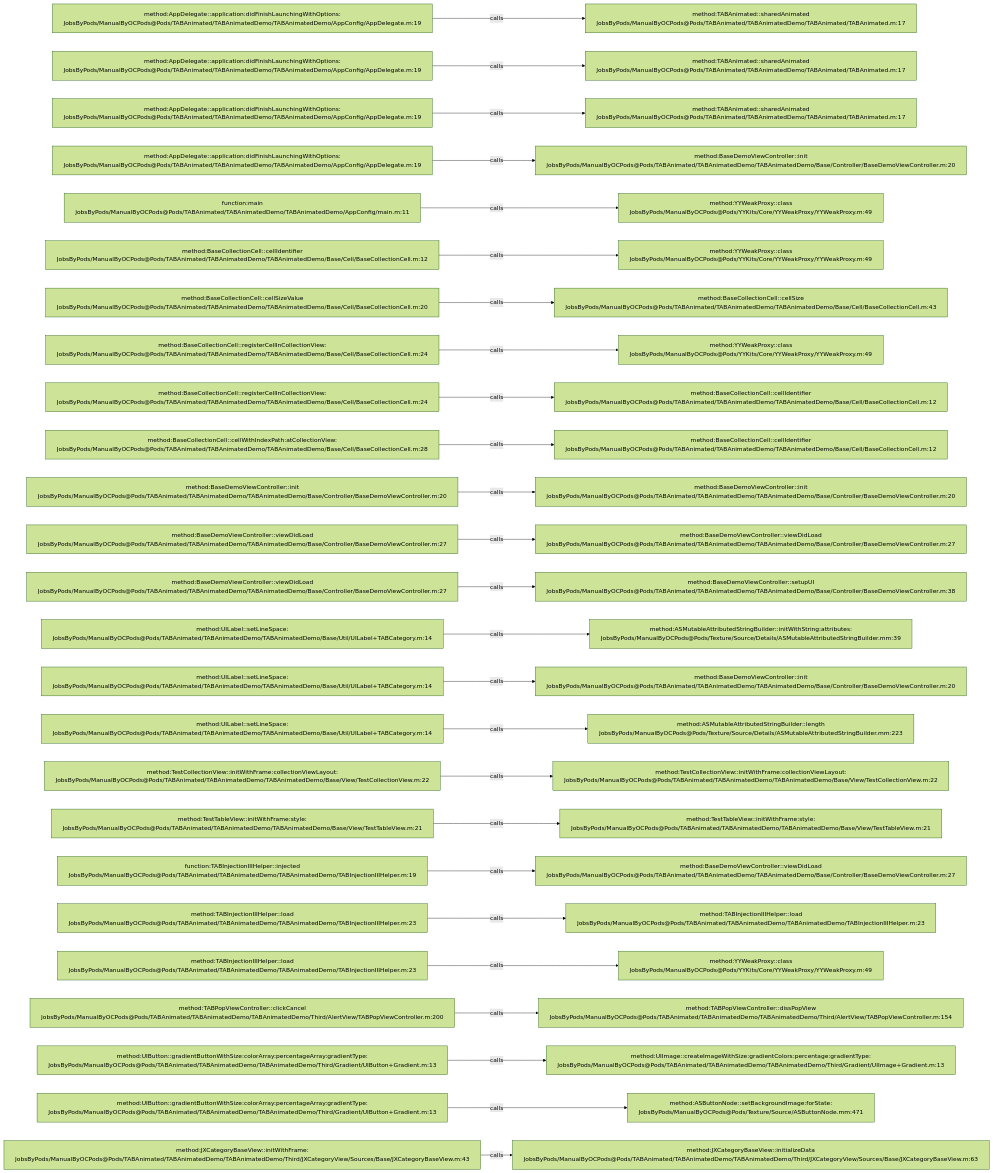
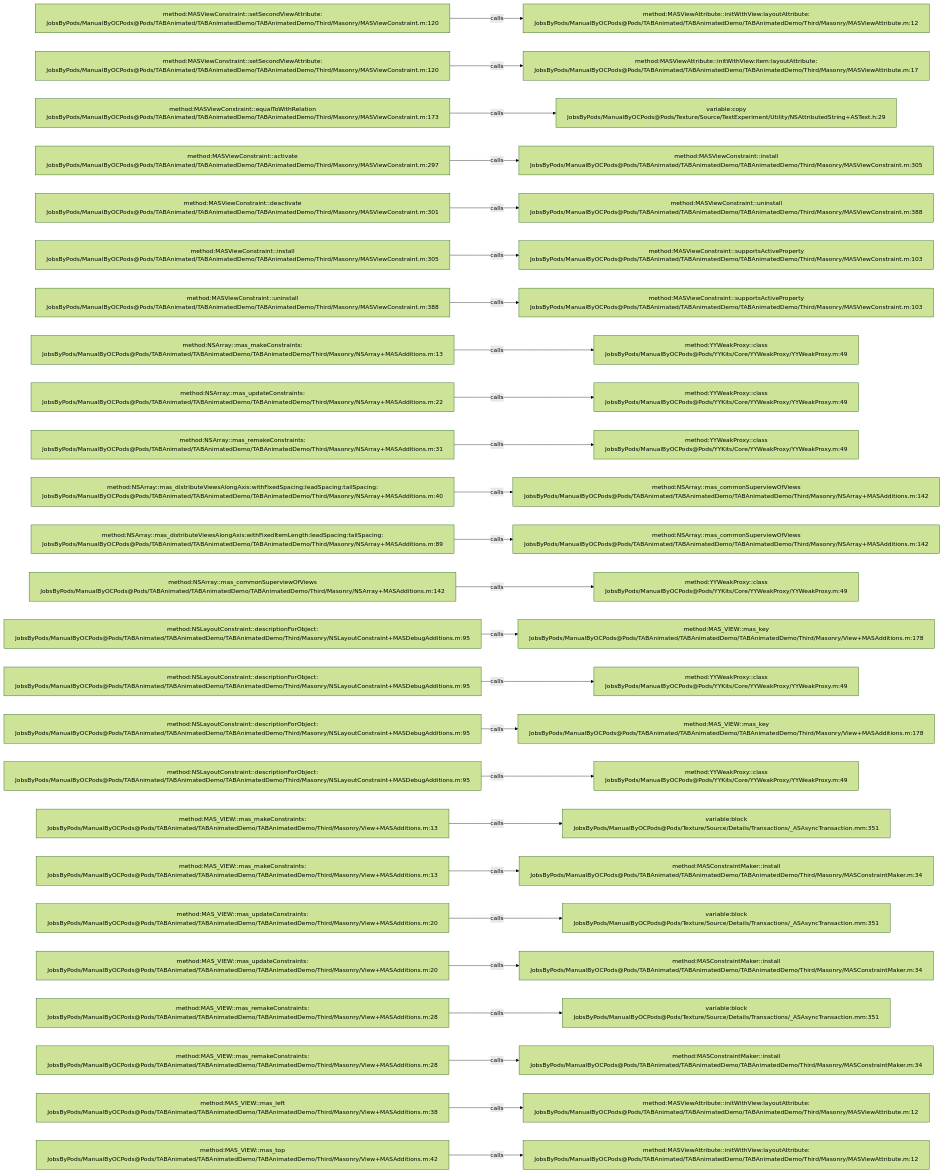
The diagram in .codegraph/codegraph.md/graphs/calls-032.md (JobsKits/JobsOCBaseConfigDemo), drawn with Mermaid (forest theme) before and after one commit. The commit also changed 2723 other files, not shown here.

````diff
--- a/.codegraph/codegraph.md/graphs/calls-032.md
+++ b/.codegraph/codegraph.md/graphs/calls-032.md
@@ -13,78 +13,78 @@
 ```mermaid
 flowchart LR
-  S1["method:AppDelegate::application:didFinishLaunchingWithOptions:<br/>JobsByPods/ManualByOCPods@Pods/TABAnimated/TABAnimatedDemo/TABAnimatedDemo/AppConfig/AppDelegate.m:19"]
-  T1["method:TABAnimated::sharedAnimated<br/>JobsByPods/ManualByOCPods@Pods/TABAnimated/TABAnimatedDemo/TABAnimated/TABAnimated.m:17"]
+  S1["method:MASViewConstraint::setSecondViewAttribute:<br/>JobsByPods/ManualByOCPods@Pods/TABAnimated/TABAnimatedDemo/TABAnimatedDemo/Third/Masonry/MASViewConstraint.m:120"]
+  T1["method:MASViewAttribute::initWithView:layoutAttribute:<br/>JobsByPods/ManualByOCPods@Pods/TABAnimated/TABAnimatedDemo/TABAnimatedDemo/Third/Masonry/MASViewAttribute.m:12"]
   S1 -->|calls| T1
-  S2["method:AppDelegate::application:didFinishLaunchingWithOptions:<br/>JobsByPods/ManualByOCPods@Pods/TABAnimated/TABAnimatedDemo/TABAnimatedDemo/AppConfig/AppDelegate.m:19"]
-  T2["method:TABAnimated::sharedAnimated<br/>JobsByPods/ManualByOCPods@Pods/TABAnimated/TABAnimatedDemo/TABAnimated/TABAnimated.m:17"]
+  S2["method:MASViewConstraint::setSecondViewAttribute:<br/>JobsByPods/ManualByOCPods@Pods/TABAnimated/TABAnimatedDemo/TABAnimatedDemo/Third/Masonry/MASViewConstraint.m:120"]
+  T2["method:MASViewAttribute::initWithView:item:layoutAttribute:<br/>JobsByPods/ManualByOCPods@Pods/TABAnimated/TABAnimatedDemo/TABAnimatedDemo/Third/Masonry/MASViewAttribute.m:17"]
   S2 -->|calls| T2
-  S3["method:AppDelegate::application:didFinishLaunchingWithOptions:<br/>JobsByPods/ManualByOCPods@Pods/TABAnimated/TABAnimatedDemo/TABAnimatedDemo/AppConfig/AppDelegate.m:19"]
-  T3["method:TABAnimated::sharedAnimated<br/>JobsByPods/ManualByOCPods@Pods/TABAnimated/TABAnimatedDemo/TABAnimated/TABAnimated.m:17"]
+  S3["method:MASViewConstraint::equalToWithRelation<br/>JobsByPods/ManualByOCPods@Pods/TABAnimated/TABAnimatedDemo/TABAnimatedDemo/Third/Masonry/MASViewConstraint.m:173"]
+  T3["variable:copy<br/>JobsByPods/ManualByOCPods@Pods/Texture/Source/TextExperiment/Utility/NSAttributedString+ASText.h:29"]
   S3 -->|calls| T3
-  S4["method:AppDelegate::application:didFinishLaunchingWithOptions:<br/>JobsByPods/ManualByOCPods@Pods/TABAnimated/TABAnimatedDemo/TABAnimatedDemo/AppConfig/AppDelegate.m:19"]
-  T4["method:BaseDemoViewController::init<br/>JobsByPods/ManualByOCPods@Pods/TABAnimated/TABAnimatedDemo/TABAnimatedDemo/Base/Controller/BaseDemoViewController.m:20"]
+  S4["method:MASViewConstraint::activate<br/>JobsByPods/ManualByOCPods@Pods/TABAnimated/TABAnimatedDemo/TABAnimatedDemo/Third/Masonry/MASViewConstraint.m:297"]
+  T4["method:MASViewConstraint::install<br/>JobsByPods/ManualByOCPods@Pods/TABAnimated/TABAnimatedDemo/TABAnimatedDemo/Third/Masonry/MASViewConstraint.m:305"]
   S4 -->|calls| T4
-  S5["function:main<br/>JobsByPods/ManualByOCPods@Pods/TABAnimated/TABAnimatedDemo/TABAnimatedDemo/AppConfig/main.m:11"]
-  T5["method:YYWeakProxy::class<br/>JobsByPods/ManualByOCPods@Pods/YYKits/Core/YYWeakProxy/YYWeakProxy.m:49"]
+  S5["method:MASViewConstraint::deactivate<br/>JobsByPods/ManualByOCPods@Pods/TABAnimated/TABAnimatedDemo/TABAnimatedDemo/Third/Masonry/MASViewConstraint.m:301"]
+  T5["method:MASViewConstraint::uninstall<br/>JobsByPods/ManualByOCPods@Pods/TABAnimated/TABAnimatedDemo/TABAnimatedDemo/Third/Masonry/MASViewConstraint.m:388"]
   S5 -->|calls| T5
-  S6["method:BaseCollectionCell::cellIdentifier<br/>JobsByPods/ManualByOCPods@Pods/TABAnimated/TABAnimatedDemo/TABAnimatedDemo/Base/Cell/BaseCollectionCell.m:12"]
-  T6["method:YYWeakProxy::class<br/>JobsByPods/ManualByOCPods@Pods/YYKits/Core/YYWeakProxy/YYWeakProxy.m:49"]
+  S6["method:MASViewConstraint::install<br/>JobsByPods/ManualByOCPods@Pods/TABAnimated/TABAnimatedDemo/TABAnimatedDemo/Third/Masonry/MASViewConstraint.m:305"]
+  T6["method:MASViewConstraint::supportsActiveProperty<br/>JobsByPods/ManualByOCPods@Pods/TABAnimated/TABAnimatedDemo/TABAnimatedDemo/Third/Masonry/MASViewConstraint.m:103"]
   S6 -->|calls| T6
-  S7["method:BaseCollectionCell::cellSizeValue<br/>JobsByPods/ManualByOCPods@Pods/TABAnimated/TABAnimatedDemo/TABAnimatedDemo/Base/Cell/BaseCollectionCell.m:20"]
-  T7["method:BaseCollectionCell::cellSize<br/>JobsByPods/ManualByOCPods@Pods/TABAnimated/TABAnimatedDemo/TABAnimatedDemo/Base/Cell/BaseCollectionCell.m:43"]
+  S7["method:MASViewConstraint::uninstall<br/>JobsByPods/ManualByOCPods@Pods/TABAnimated/TABAnimatedDemo/TABAnimatedDemo/Third/Masonry/MASViewConstraint.m:388"]
+  T7["method:MASViewConstraint::supportsActiveProperty<br/>JobsByPods/ManualByOCPods@Pods/TABAnimated/TABAnimatedDemo/TABAnimatedDemo/Third/Masonry/MASViewConstraint.m:103"]
   S7 -->|calls| T7
-  S8["method:BaseCollectionCell::registerCellInCollectionView:<br/>JobsByPods/ManualByOCPods@Pods/TABAnimated/TABAnimatedDemo/TABAnimatedDemo/Base/Cell/BaseCollectionCell.m:24"]
+  S8["method:NSArray::mas_makeConstraints:<br/>JobsByPods/ManualByOCPods@Pods/TABAnimated/TABAnimatedDemo/TABAnimatedDemo/Third/Masonry/NSArray+MASAdditions.m:13"]
   T8["method:YYWeakProxy::class<br/>JobsByPods/ManualByOCPods@Pods/YYKits/Core/YYWeakProxy/YYWeakProxy.m:49"]
   S8 -->|calls| T8
-  S9["method:BaseCollectionCell::registerCellInCollectionView:<br/>JobsByPods/ManualByOCPods@Pods/TABAnimated/TABAnimatedDemo/TABAnimatedDemo/Base/Cell/BaseCollectionCell.m:24"]
-  T9["method:BaseCollectionCell::cellIdentifier<br/>JobsByPods/ManualByOCPods@Pods/TABAnimated/TABAnimatedDemo/TABAnimatedDemo/Base/Cell/BaseCollectionCell.m:12"]
+  S9["method:NSArray::mas_updateConstraints:<br/>JobsByPods/ManualByOCPods@Pods/TABAnimated/TABAnimatedDemo/TABAnimatedDemo/Third/Masonry/NSArray+MASAdditions.m:22"]
+  T9["method:YYWeakProxy::class<br/>JobsByPods/ManualByOCPods@Pods/YYKits/Core/YYWeakProxy/YYWeakProxy.m:49"]
   S9 -->|calls| T9
-  S10["method:BaseCollectionCell::cellWithIndexPath:atCollectionView:<br/>JobsByPods/ManualByOCPods@Pods/TABAnimated/TABAnimatedDemo/TABAnimatedDemo/Base/Cell/BaseCollectionCell.m:28"]
-  T10["method:BaseCollectionCell::cellIdentifier<br/>JobsByPods/ManualByOCPods@Pods/TABAnimated/TABAnimatedDemo/TABAnimatedDemo/Base/Cell/BaseCollectionCell.m:12"]
+  S10["method:NSArray::mas_remakeConstraints:<br/>JobsByPods/ManualByOCPods@Pods/TABAnimated/TABAnimatedDemo/TABAnimatedDemo/Third/Masonry/NSArray+MASAdditions.m:31"]
+  T10["method:YYWeakProxy::class<br/>JobsByPods/ManualByOCPods@Pods/YYKits/Core/YYWeakProxy/YYWeakProxy.m:49"]
   S10 -->|calls| T10
-  S11["method:BaseDemoViewController::init<br/>JobsByPods/ManualByOCPods@Pods/TABAnimated/TABAnimatedDemo/TABAnimatedDemo/Base/Controller/BaseDemoViewController.m:20"]
-  T11["method:BaseDemoViewController::init<br/>JobsByPods/ManualByOCPods@Pods/TABAnimated/TABAnimatedDemo/TABAnimatedDemo/Base/Controller/BaseDemoViewController.m:20"]
+  S11["method:NSArray::mas_distributeViewsAlongAxis:withFixedSpacing:leadSpacing:tailSpacing:<br/>JobsByPods/ManualByOCPods@Pods/TABAnimated/TABAnimatedDemo/TABAnimatedDemo/Third/Masonry/NSArray+MASAdditions.m:40"]
+  T11["method:NSArray::mas_commonSuperviewOfViews<br/>JobsByPods/ManualByOCPods@Pods/TABAnimated/TABAnimatedDemo/TABAnimatedDemo/Third/Masonry/NSArray+MASAdditions.m:142"]
   S11 -->|calls| T11
-  S12["method:BaseDemoViewController::viewDidLoad<br/>JobsByPods/ManualByOCPods@Pods/TABAnimated/TABAnimatedDemo/TABAnimatedDemo/Base/Controller/BaseDemoViewController.m:27"]
-  T12["method:BaseDemoViewController::viewDidLoad<br/>JobsByPods/ManualByOCPods@Pods/TABAnimated/TABAnimatedDemo/TABAnimatedDemo/Base/Controller/BaseDemoViewController.m:27"]
+  S12["method:NSArray::mas_distributeViewsAlongAxis:withFixedItemLength:leadSpacing:tailSpacing:<br/>JobsByPods/ManualByOCPods@Pods/TABAnimated/TABAnimatedDemo/TABAnimatedDemo/Third/Masonry/NSArray+MASAdditions.m:89"]
+  T12["method:NSArray::mas_commonSuperviewOfViews<br/>JobsByPods/ManualByOCPods@Pods/TABAnimated/TABAnimatedDemo/TABAnimatedDemo/Third/Masonry/NSArray+MASAdditions.m:142"]
   S12 -->|calls| T12
-  S13["method:BaseDemoViewController::viewDidLoad<br/>JobsByPods/ManualByOCPods@Pods/TABAnimated/TABAnimatedDemo/TABAnimatedDemo/Base/Controller/BaseDemoViewController.m:27"]
-  T13["method:BaseDemoViewController::setupUI<br/>JobsByPods/ManualByOCPods@Pods/TABAnimated/TABAnimatedDemo/TABAnimatedDemo/Base/Controller/BaseDemoViewController.m:38"]
+  S13["method:NSArray::mas_commonSuperviewOfViews<br/>JobsByPods/ManualByOCPods@Pods/TABAnimated/TABAnimatedDemo/TABAnimatedDemo/Third/Masonry/NSArray+MASAdditions.m:142"]
+  T13["method:YYWeakProxy::class<br/>JobsByPods/ManualByOCPods@Pods/YYKits/Core/YYWeakProxy/YYWeakProxy.m:49"]
   S13 -->|calls| T13
-  S14["method:UILabel::setLineSpace:<br/>JobsByPods/ManualByOCPods@Pods/TABAnimated/TABAnimatedDemo/TABAnimatedDemo/Base/Util/UILabel+TABCategory.m:14"]
-  T14["method:ASMutableAttributedStringBuilder::initWithString:attributes:<br/>JobsByPods/ManualByOCPods@Pods/Texture/Source/Details/ASMutableAttributedStringBuilder.mm:39"]
+  S14["method:NSLayoutConstraint::descriptionForObject:<br/>JobsByPods/ManualByOCPods@Pods/TABAnimated/TABAnimatedDemo/TABAnimatedDemo/Third/Masonry/NSLayoutConstraint+MASDebugAdditions.m:95"]
+  T14["method:MAS_VIEW::mas_key<br/>JobsByPods/ManualByOCPods@Pods/TABAnimated/TABAnimatedDemo/TABAnimatedDemo/Third/Masonry/View+MASAdditions.m:178"]
   S14 -->|calls| T14
-  S15["method:UILabel::setLineSpace:<br/>JobsByPods/ManualByOCPods@Pods/TABAnimated/TABAnimatedDemo/TABAnimatedDemo/Base/Util/UILabel+TABCategory.m:14"]
-  T15["method:BaseDemoViewController::init<br/>JobsByPods/ManualByOCPods@Pods/TABAnimated/TABAnimatedDemo/TABAnimatedDemo/Base/Controller/BaseDemoViewController.m:20"]
+  S15["method:NSLayoutConstraint::descriptionForObject:<br/>JobsByPods/ManualByOCPods@Pods/TABAnimated/TABAnimatedDemo/TABAnimatedDemo/Third/Masonry/NSLayoutConstraint+MASDebugAdditions.m:95"]
+  T15["method:YYWeakProxy::class<br/>JobsByPods/ManualByOCPods@Pods/YYKits/Core/YYWeakProxy/YYWeakProxy.m:49"]
   S15 -->|calls| T15
-  S16["method:UILabel::setLineSpace:<br/>JobsByPods/ManualByOCPods@Pods/TABAnimated/TABAnimatedDemo/TABAnimatedDemo/Base/Util/UILabel+TABCategory.m:14"]
-  T16["method:ASMutableAttributedStringBuilder::length<br/>JobsByPods/ManualByOCPods@Pods/Texture/Source/Details/ASMutableAttributedStringBuilder.mm:223"]
+  S16["method:NSLayoutConstraint::descriptionForObject:<br/>JobsByPods/ManualByOCPods@Pods/TABAnimated/TABAnimatedDemo/TABAnimatedDemo/Third/Masonry/NSLayoutConstraint+MASDebugAdditions.m:95"]
+  T16["method:MAS_VIEW::mas_key<br/>JobsByPods/ManualByOCPods@Pods/TABAnimated/TABAnimatedDemo/TABAnimatedDemo/Third/Masonry/View+MASAdditions.m:178"]
   S16 -->|calls| T16
-  S17["method:TestCollectionView::initWithFrame:collectionViewLayout:<br/>JobsByPods/ManualByOCPods@Pods/TABAnimated/TABAnimatedDemo/TABAnimatedDemo/Base/View/TestCollectionView.m:22"]
-  T17["method:TestCollectionView::initWithFrame:collectionViewLayout:<br/>JobsByPods/ManualByOCPods@Pods/TABAnimated/TABAnimatedDemo/TABAnimatedDemo/Base/View/TestCollectionView.m:22"]
+  S17["method:NSLayoutConstraint::descriptionForObject:<br/>JobsByPods/ManualByOCPods@Pods/TABAnimated/TABAnimatedDemo/TABAnimatedDemo/Third/Masonry/NSLayoutConstraint+MASDebugAdditions.m:95"]
+  T17["method:YYWeakProxy::class<br/>JobsByPods/ManualByOCPods@Pods/YYKits/Core/YYWeakProxy/YYWeakProxy.m:49"]
   S17 -->|calls| T17
-  S18["method:TestTableView::initWithFrame:style:<br/>JobsByPods/ManualByOCPods@Pods/TABAnimated/TABAnimatedDemo/TABAnimatedDemo/Base/View/TestTableView.m:21"]
-  T18["method:TestTableView::initWithFrame:style:<br/>JobsByPods/ManualByOCPods@Pods/TABAnimated/TABAnimatedDemo/TABAnimatedDemo/Base/View/TestTableView.m:21"]
+  S18["method:MAS_VIEW::mas_makeConstraints:<br/>JobsByPods/ManualByOCPods@Pods/TABAnimated/TABAnimatedDemo/TABAnimatedDemo/Third/Masonry/View+MASAdditions.m:13"]
+  T18["variable:block<br/>JobsByPods/ManualByOCPods@Pods/Texture/Source/Details/Transactions/_ASAsyncTransaction.mm:351"]
   S18 -->|calls| T18
-  S19["function:TABInjectionIIIHelper::injected<br/>JobsByPods/ManualByOCPods@Pods/TABAnimated/TABAnimatedDemo/TABAnimatedDemo/TABInjectionIIIHelper.m:19"]
-  T19["method:BaseDemoViewController::viewDidLoad<br/>JobsByPods/ManualByOCPods@Pods/TABAnimated/TABAnimatedDemo/TABAnimatedDemo/Base/Controller/BaseDemoViewController.m:27"]
+  S19["method:MAS_VIEW::mas_makeConstraints:<br/>JobsByPods/ManualByOCPods@Pods/TABAnimated/TABAnimatedDemo/TABAnimatedDemo/Third/Masonry/View+MASAdditions.m:13"]
+  T19["method:MASConstraintMaker::install<br/>JobsByPods/ManualByOCPods@Pods/TABAnimated/TABAnimatedDemo/TABAnimatedDemo/Third/Masonry/MASConstraintMaker.m:34"]
   S19 -->|calls| T19
-  S20["method:TABInjectionIIIHelper::load<br/>JobsByPods/ManualByOCPods@Pods/TABAnimated/TABAnimatedDemo/TABAnimatedDemo/TABInjectionIIIHelper.m:23"]
-  T20["method:TABInjectionIIIHelper::load<br/>JobsByPods/ManualByOCPods@Pods/TABAnimated/TABAnimatedDemo/TABAnimatedDemo/TABInjectionIIIHelper.m:23"]
+  S20["method:MAS_VIEW::mas_updateConstraints:<br/>JobsByPods/ManualByOCPods@Pods/TABAnimated/TABAnimatedDemo/TABAnimatedDemo/Third/Masonry/View+MASAdditions.m:20"]
+  T20["variable:block<br/>JobsByPods/ManualByOCPods@Pods/Texture/Source/Details/Transactions/_ASAsyncTransaction.mm:351"]
   S20 -->|calls| T20
-  S21["method:TABInjectionIIIHelper::load<br/>JobsByPods/ManualByOCPods@Pods/TABAnimated/TABAnimatedDemo/TABAnimatedDemo/TABInjectionIIIHelper.m:23"]
-  T21["method:YYWeakProxy::class<br/>JobsByPods/ManualByOCPods@Pods/YYKits/Core/YYWeakProxy/YYWeakProxy.m:49"]
+  S21["method:MAS_VIEW::mas_updateConstraints:<br/>JobsByPods/ManualByOCPods@Pods/TABAnimated/TABAnimatedDemo/TABAnimatedDemo/Third/Masonry/View+MASAdditions.m:20"]
+  T21["method:MASConstraintMaker::install<br/>JobsByPods/ManualByOCPods@Pods/TABAnimated/TABAnimatedDemo/TABAnimatedDemo/Third/Masonry/MASConstraintMaker.m:34"]
   S21 -->|calls| T21
-  S22["method:TABPopViewController::clickCancel<br/>JobsByPods/ManualByOCPods@Pods/TABAnimated/TABAnimatedDemo/TABAnimatedDemo/Third/AlertView/TABPopViewController.m:200"]
-  T22["method:TABPopViewController::dissPopView<br/>JobsByPods/ManualByOCPods@Pods/TABAnimated/TABAnimatedDemo/TABAnimatedDemo/Third/AlertView/TABPopViewController.m:154"]
+  S22["method:MAS_VIEW::mas_remakeConstraints:<br/>JobsByPods/ManualByOCPods@Pods/TABAnimated/TABAnimatedDemo/TABAnimatedDemo/Third/Masonry/View+MASAdditions.m:28"]
+  T22["variable:block<br/>JobsByPods/ManualByOCPods@Pods/Texture/Source/Details/Transactions/_ASAsyncTransaction.mm:351"]
   S22 -->|calls| T22
-  S23["method:UIButton::gradientButtonWithSize:colorArray:percentageArray:gradientType:<br/>JobsByPods/ManualByOCPods@Pods/TABAnimated/TABAnimatedDemo/TABAnimatedDemo/Third/Gradient/UIButton+Gradient.m:13"]
-  T23["method:UIImage::createImageWithSize:gradientColors:percentage:gradientType:<br/>JobsByPods/ManualByOCPods@Pods/TABAnimated/TABAnimatedDemo/TABAnimatedDemo/Third/Gradient/UIImage+Gradient.m:13"]
+  S23["method:MAS_VIEW::mas_remakeConstraints:<br/>JobsByPods/ManualByOCPods@Pods/TABAnimated/TABAnimatedDemo/TABAnimatedDemo/Third/Masonry/View+MASAdditions.m:28"]
+  T23["method:MASConstraintMaker::install<br/>JobsByPods/ManualByOCPods@Pods/TABAnimated/TABAnimatedDemo/TABAnimatedDemo/Third/Masonry/MASConstraintMaker.m:34"]
   S23 -->|calls| T23
-  S24["method:UIButton::gradientButtonWithSize:colorArray:percentageArray:gradientType:<br/>JobsByPods/ManualByOCPods@Pods/TABAnimated/TABAnimatedDemo/TABAnimatedDemo/Third/Gradient/UIButton+Gradient.m:13"]
-  T24["method:ASButtonNode::setBackgroundImage:forState:<br/>JobsByPods/ManualByOCPods@Pods/Texture/Source/ASButtonNode.mm:471"]
+  S24["method:MAS_VIEW::mas_left<br/>JobsByPods/ManualByOCPods@Pods/TABAnimated/TABAnimatedDemo/TABAnimatedDemo/Third/Masonry/View+MASAdditions.m:38"]
+  T24["method:MASViewAttribute::initWithView:layoutAttribute:<br/>JobsByPods/ManualByOCPods@Pods/TABAnimated/TABAnimatedDemo/TABAnimatedDemo/Third/Masonry/MASViewAttribute.m:12"]
   S24 -->|calls| T24
-  S25["method:JXCategoryBaseView::initWithFrame:<br/>JobsByPods/ManualByOCPods@Pods/TABAnimated/TABAnimatedDemo/TABAnimatedDemo/Third/JXCategoryView/Sources/Base/JXCategoryBaseView.m:43"]
-  T25["method:JXCategoryBaseView::initializeData<br/>JobsByPods/ManualByOCPods@Pods/TABAnimated/TABAnimatedDemo/TABAnimatedDemo/Third/JXCategoryView/Sources/Base/JXCategoryBaseView.m:63"]
+  S25["method:MAS_VIEW::mas_top<br/>JobsByPods/ManualByOCPods@Pods/TABAnimated/TABAnimatedDemo/TABAnimatedDemo/Third/Masonry/View+MASAdditions.m:42"]
+  T25["method:MASViewAttribute::initWithView:layoutAttribute:<br/>JobsByPods/ManualByOCPods@Pods/TABAnimated/TABAnimatedDemo/TABAnimatedDemo/Third/Masonry/MASViewAttribute.m:12"]
   S25 -->|calls| T25
 ```
````
